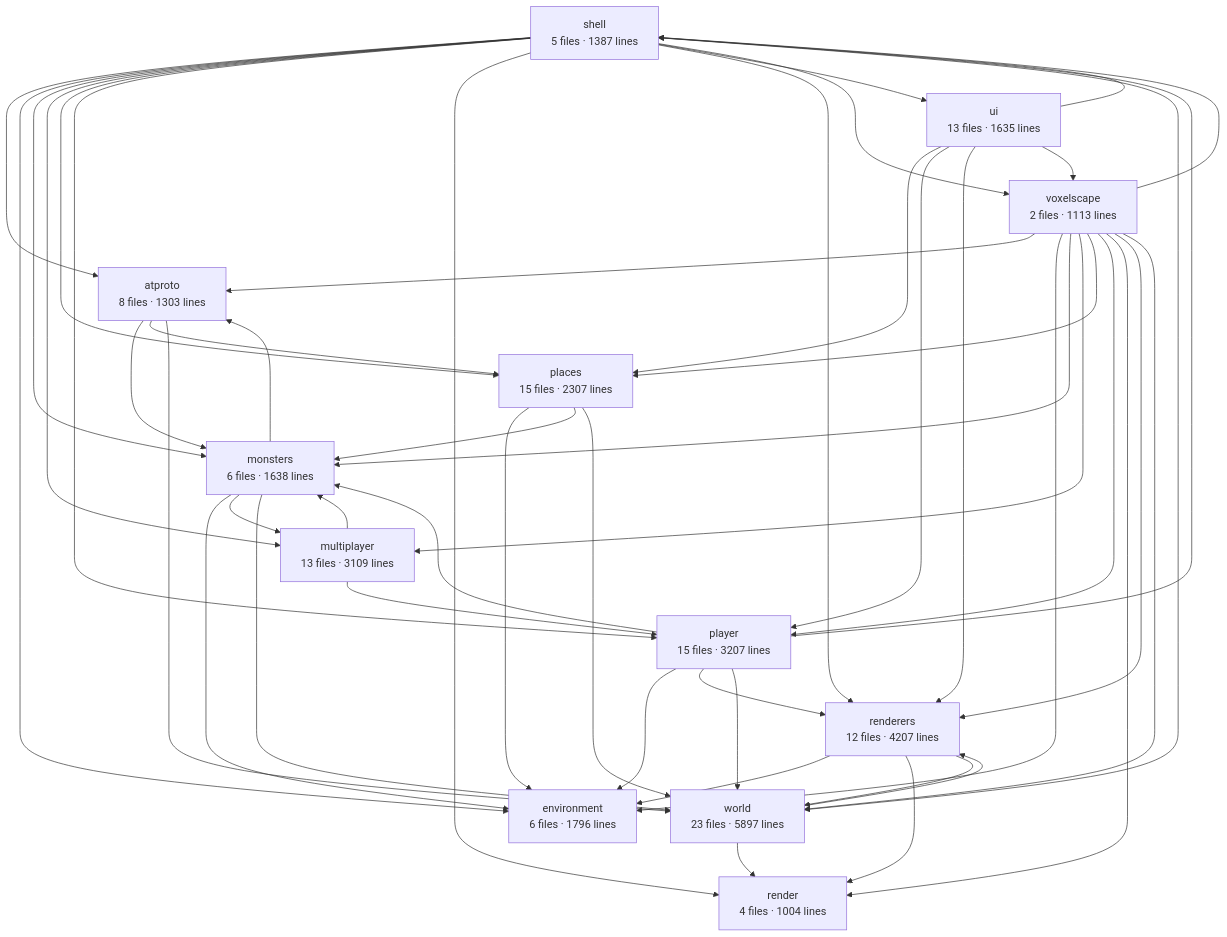
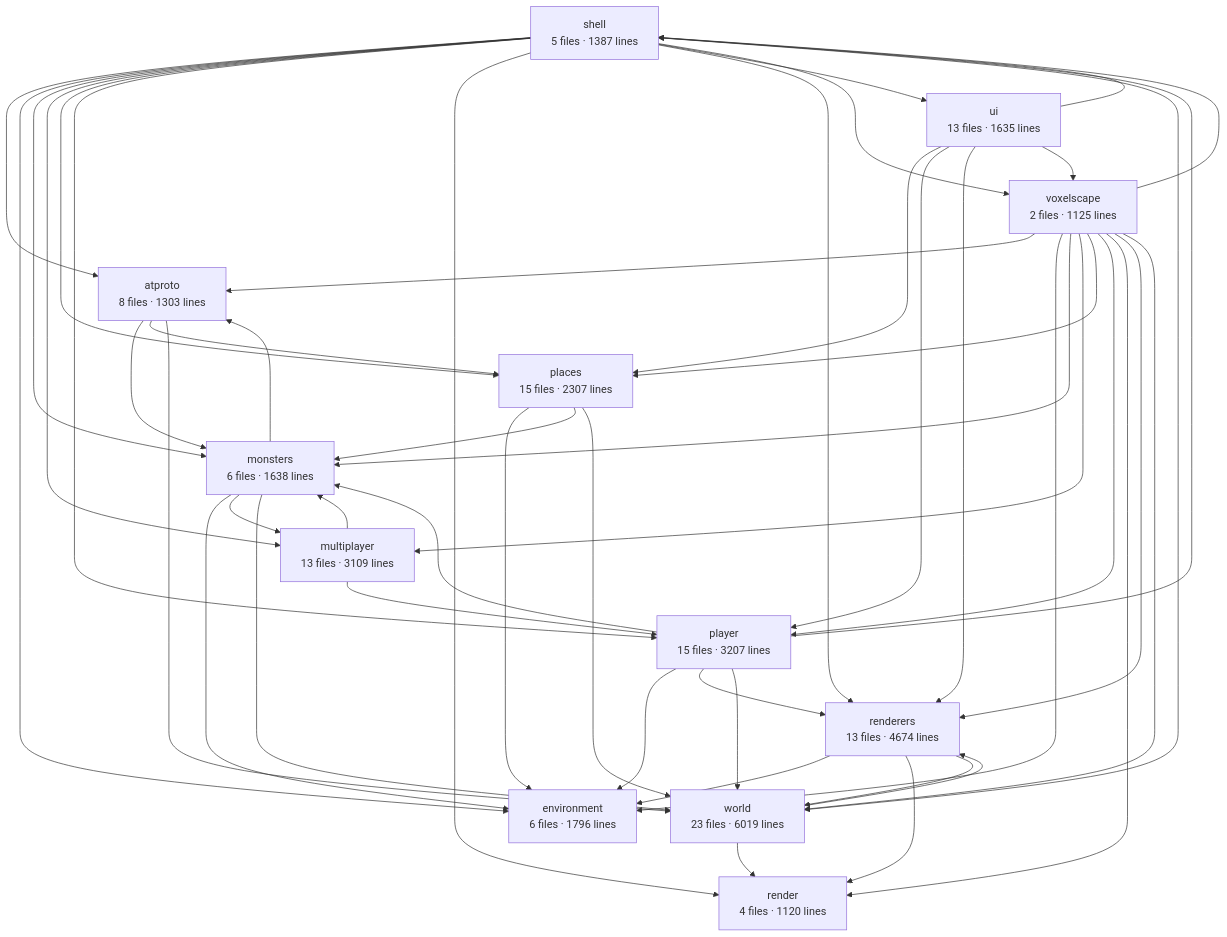
Before and after one commit to clinuxrulz/big-mesh-studios: the diagram in apps/voxelscape/docs/architecture.md, drawn with Mermaid. The commit also changed other lines of this file and 6 other files, not shown here.

````diff
--- a/apps/voxelscape/docs/architecture.md
+++ b/apps/voxelscape/docs/architecture.md
@@ -6,63 +6,63 @@
 ```mermaid
 graph TD
   shell["shell<br/>5 files · 1387 lines"]
-  voxelscape["voxelscape<br/>2 files · 1113 lines"]
-  world["world<br/>23 files · 5897 lines"]
-  renderers["renderers<br/>12 files · 4207 lines"]
-  render["render<br/>4 files · 1004 lines"]
+  voxelscape["voxelscape<br/>2 files · 1125 lines"]
+  world["world<br/>23 files · 6019 lines"]
+  renderers["renderers<br/>13 files · 4674 lines"]
+  render["render<br/>4 files · 1120 lines"]
   player["player<br/>15 files · 3207 lines"]
   monsters["monsters<br/>6 files · 1638 lines"]
   multiplayer["multiplayer<br/>13 files · 3109 lines"]
   places["places<br/>15 files · 2307 lines"]
   environment["environment<br/>6 files · 1796 lines"]
   atproto["atproto<br/>8 files · 1303 lines"]
   ui["ui<br/>13 files · 1635 lines"]
   atproto --> monsters
   atproto --> places
   atproto --> world
   monsters --> atproto
   monsters --> environment
   monsters --> multiplayer
   monsters --> world
   multiplayer --> monsters
   multiplayer --> player
   places --> environment
   places --> monsters
   places --> world
   player --> environment
   player --> monsters
   player --> renderers
   player --> shell
   player --> world
   renderers --> environment
   renderers --> render
   renderers --> world
   shell --> atproto
   shell --> environment
   shell --> monsters
   shell --> multiplayer
   shell --> places
   shell --> player
   shell --> render
   shell --> renderers
   shell --> ui
   shell --> voxelscape
   shell --> world
   ui --> places
   ui --> player
   ui --> renderers
   ui --> shell
   ui --> voxelscape
   voxelscape --> atproto
   voxelscape --> environment
   voxelscape --> monsters
   voxelscape --> multiplayer
   voxelscape --> places
   voxelscape --> player
   voxelscape --> render
   voxelscape --> renderers
   voxelscape --> shell
   voxelscape --> world
   world --> render
   world --> renderers
 ```
````
